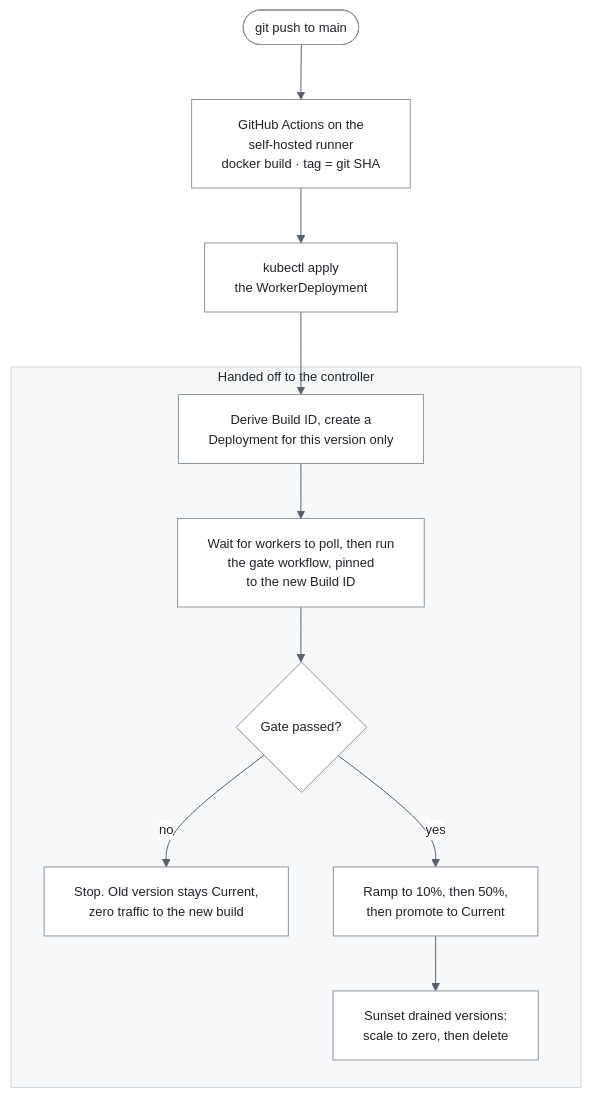
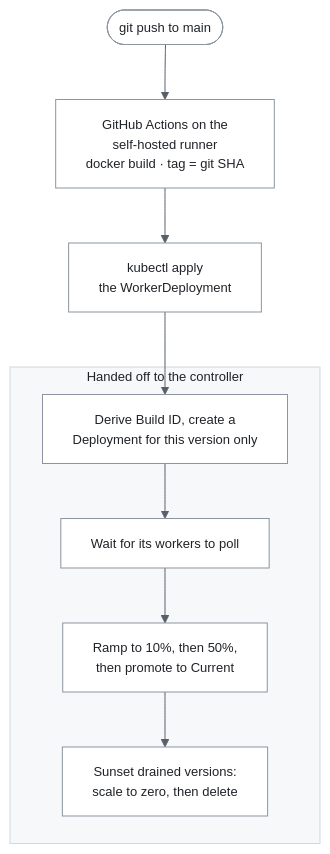
The third of 3 diagrams in docs/automating-temporal-worker-versioning.md (adam-quan/worker-controller-demo), drawn with Mermaid before and after one commit. The commit also changed other lines of this file and 7 other files, not shown here.

First line of the commit message:
Remove RolloutGate and HealthCheckWorkflow

````diff
--- a/docs/automating-temporal-worker-versioning.md
+++ b/docs/automating-temporal-worker-versioning.md
@@ -475,23 +430,21 @@
 ```mermaid
 %%{init: {"theme":"base","themeVariables":{"background":"#ffffff","primaryColor":"#ffffff","primaryTextColor":"#1f2328","primaryBorderColor":"#8c959f","lineColor":"#57606a","secondaryColor":"#f6f8fa","tertiaryColor":"#ffffff","clusterBkg":"#f6f8fa","clusterBorder":"#d0d7de","edgeLabelBackground":"#ffffff","fontSize":"13px","arrowheadColor":"#57606a","titleColor":"#1f2328","nodeTextColor":"#1f2328","textColor":"#1f2328"},"flowchart":{"htmlLabels":true,"useMaxWidth":true,"diagramPadding":24,"nodeSpacing":45,"rankSpacing":55}}}%%
 flowchart TB
     A(["git push to main"]) --> B["GitHub Actions on the<br/>self-hosted runner<br/>docker build · tag = git SHA"]
     B --> D["kubectl apply<br/>the WorkerDeployment"]
 
     subgraph CTRL["Handed off to the controller"]
         F["Derive Build ID, create a<br/>Deployment for this version only"]
-        F --> H["Wait for workers to poll, then run<br/>the gate workflow, pinned<br/>to the new Build ID"]
-        H --> Q{"Gate passed?"}
-        Q -->|"no"| J["Stop. Old version stays Current,<br/>zero traffic to the new build"]
-        Q -->|"yes"| K["Ramp to 10%, then 50%,<br/>then promote to Current"]
+        F --> H["Wait for its workers to poll"]
+        H --> K["Ramp to 10%, then 50%,<br/>then promote to Current"]
         K --> M["Sunset drained versions:<br/>scale to zero, then delete"]
     end
 
     D --> F
 
     %% --- Light palette, in plain diagram syntax --------------------------
     classDef box fill:#ffffff,stroke:#8c959f,stroke-width:1px,color:#1f2328
-    class A,B,D,F,H,Q,J,K,M box
+    class A,B,D,F,H,K,M box
     style CTRL fill:#f6f8fa,stroke:#d0d7de,color:#1f2328
     linkStyle default stroke:#57606a,color:#1f2328
 ```
````
